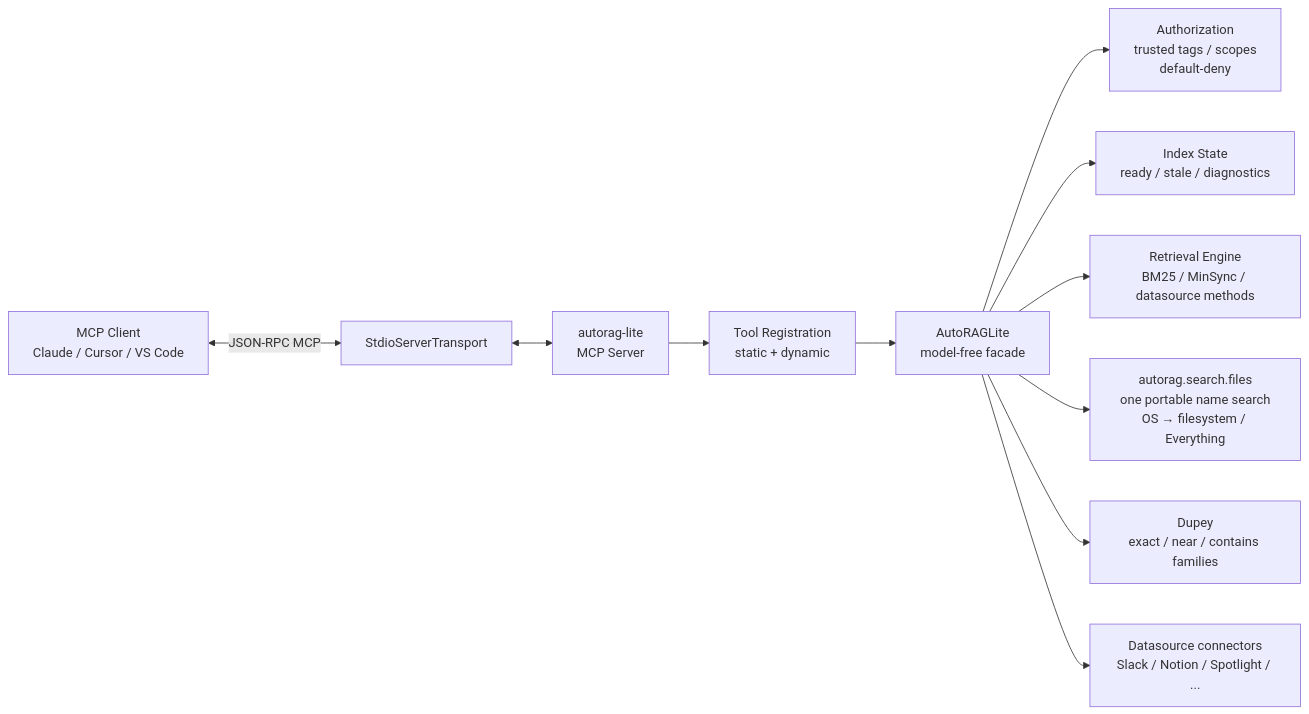
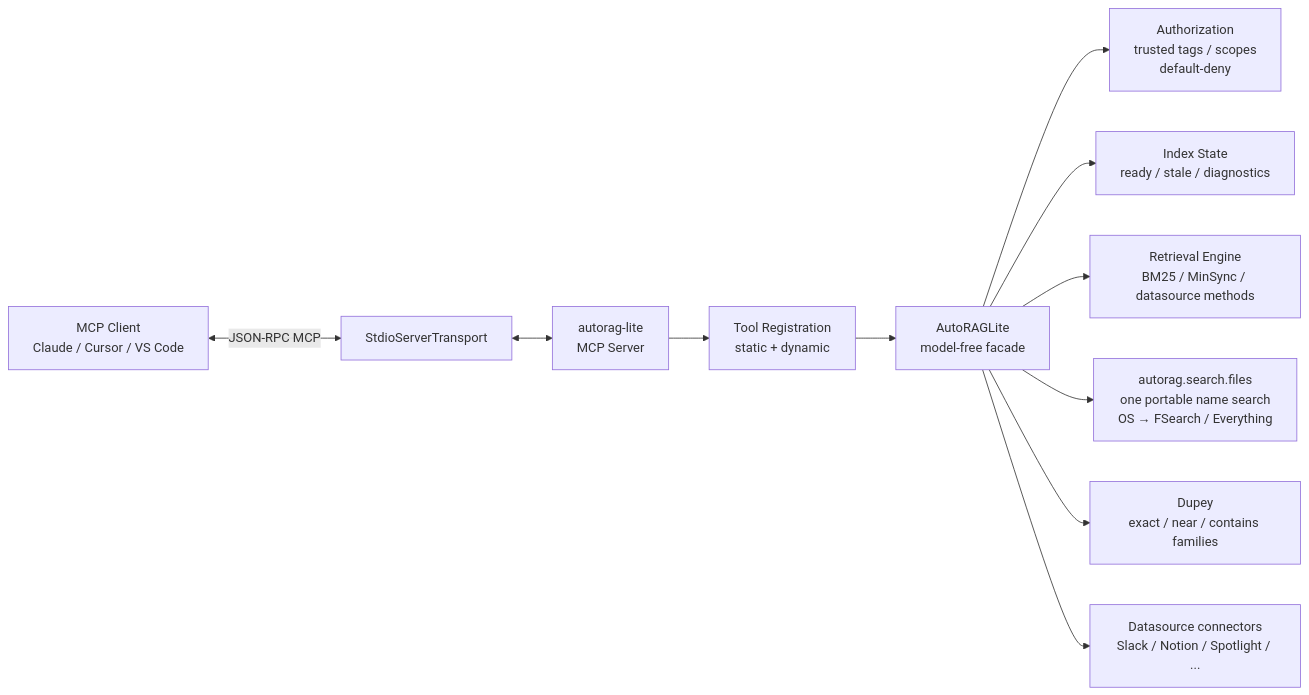
One commit to Marker-Inc-Korea/AutoRAG changed the first of 7 diagrams in docs/autorag-lite-mcp-contract.md. Above: the diagram before and after it, drawn with Mermaid. The commit also changed other lines of this file and 10 other files, not shown here.

Commit message:
fix(mcp): use FSearch for POSIX file search

````diff
--- a/docs/autorag-lite-mcp-contract.md
+++ b/docs/autorag-lite-mcp-contract.md
@@ -16,22 +16,22 @@
 ```mermaid
 flowchart LR
     C["MCP Client\nClaude / Cursor / VS Code"]
     T["StdioServerTransport"]
     S["autorag-lite\nMCP Server"]
     R["Tool Registration\nstatic + dynamic"]
     L["AutoRAGLite\nmodel-free facade"]
     A["Authorization\ntrusted tags / scopes\ndefault-deny"]
     I["Index State\nready / stale / diagnostics"]
 
     C <-->|"JSON-RPC MCP"| T
     T <--> S
     S --> R
     R --> L
     L --> A
     L --> I
 
     L --> D["Retrieval Engine\nBM25 / MinSync / datasource methods"]
-    L --> F["autorag.search.files\none portable name search\nOS → filesystem / Everything"]
+    L --> F["autorag.search.files\none portable name search\nOS → FSearch / Everything"]
     L --> U["Dupey\nexact / near / contains families"]
     L --> X["Datasource connectors\nSlack / Notion / Spotlight / ..."]
 ```
````
